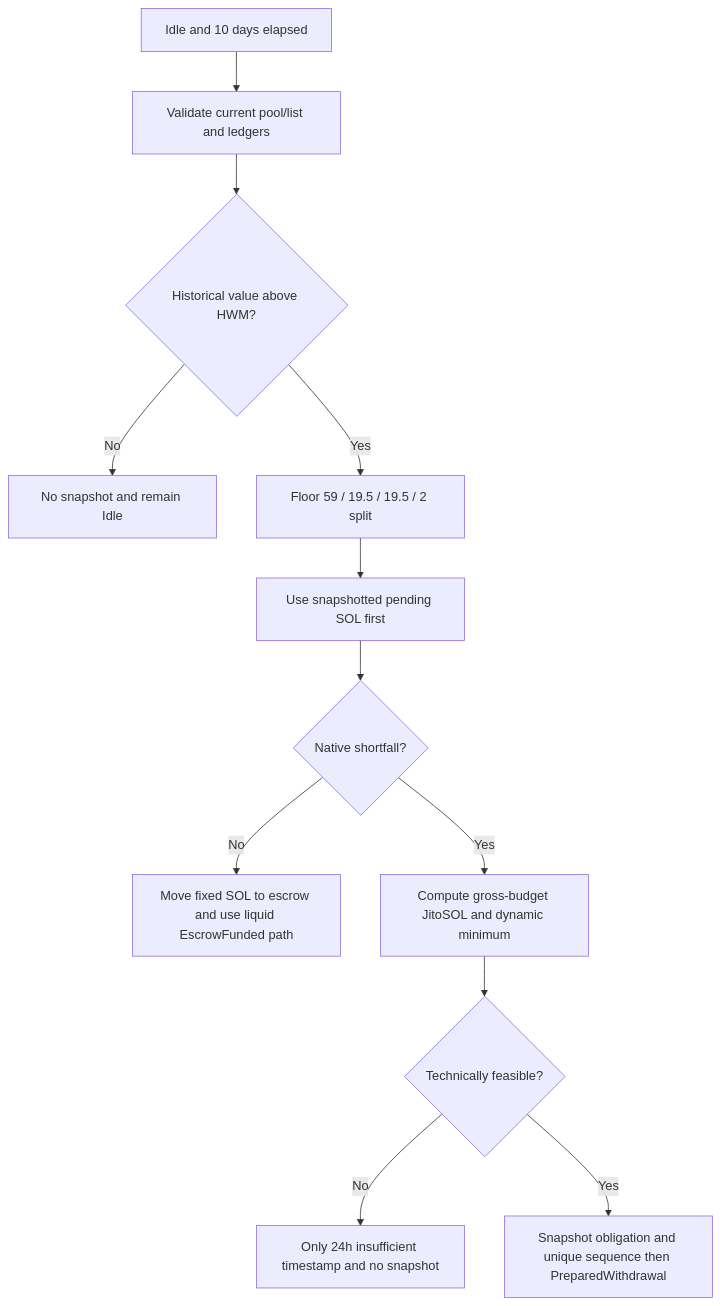
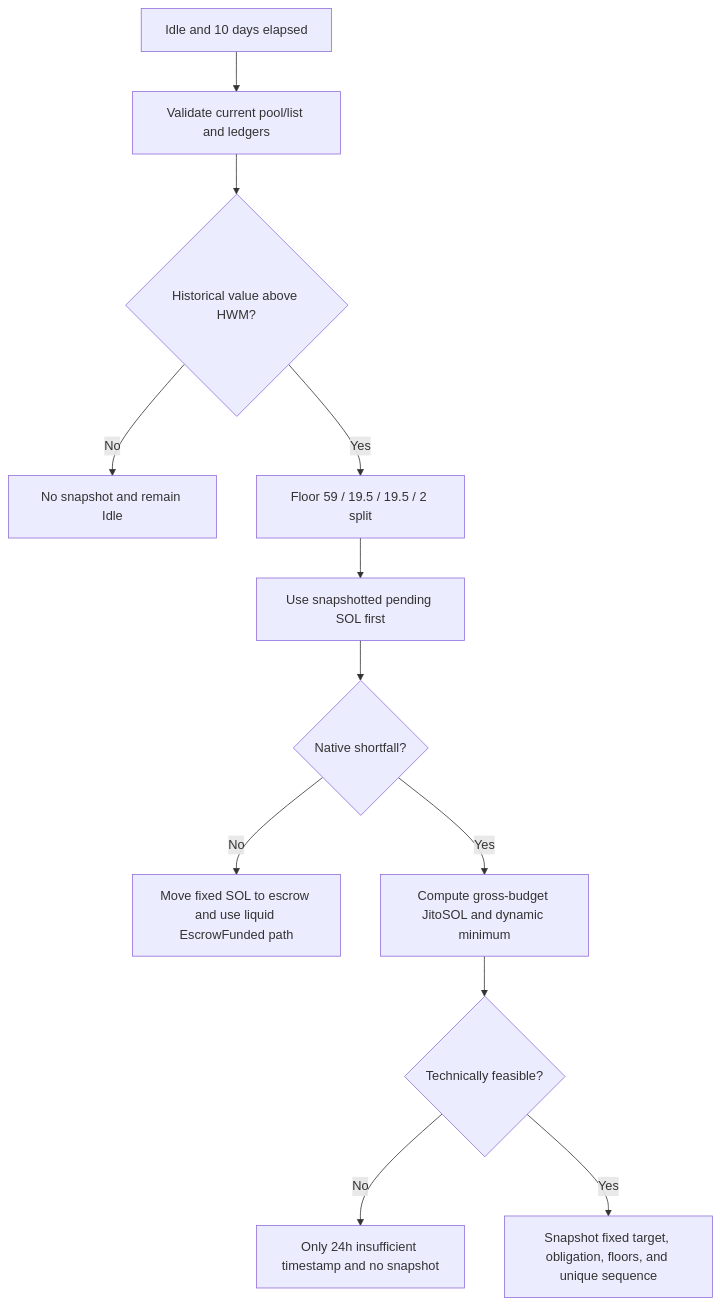
One commit to HoldTheFuckingPosition/PIV1 changed the third of 8 diagrams in docs/PHASE_0_VALIDATION_REPORT.md. Above: the diagram before and after it, drawn with Mermaid. The commit also changed other lines of this file and 5 other files, not shown here.

Commit message:
docs: confirm Phase 0 architecture decisions

```diff
--- a/docs/PHASE_0_VALIDATION_REPORT.md
+++ b/docs/PHASE_0_VALIDATION_REPORT.md
@@ -346,14 +366,14 @@
 ~~~mermaid
 flowchart TD
     A[Idle and 10 days elapsed] --> B[Validate current pool/list and ledgers]
     B --> C{Historical value above HWM?}
     C -- No --> D[No snapshot and remain Idle]
     C -- Yes --> E[Floor 59 / 19.5 / 19.5 / 2 split]
     E --> F[Use snapshotted pending SOL first]
     F --> G{Native shortfall?}
     G -- No --> H[Move fixed SOL to escrow and use liquid EscrowFunded path]
     G -- Yes --> I[Compute gross-budget JitoSOL and dynamic minimum]
     I --> J{Technically feasible?}
     J -- No --> K[Only 24h insufficient timestamp and no snapshot]
-    J -- Yes --> L[Snapshot obligation and unique sequence then PreparedWithdrawal]
+    J -- Yes --> L[Snapshot fixed target, obligation, floors, and unique sequence]
 ~~~
```
